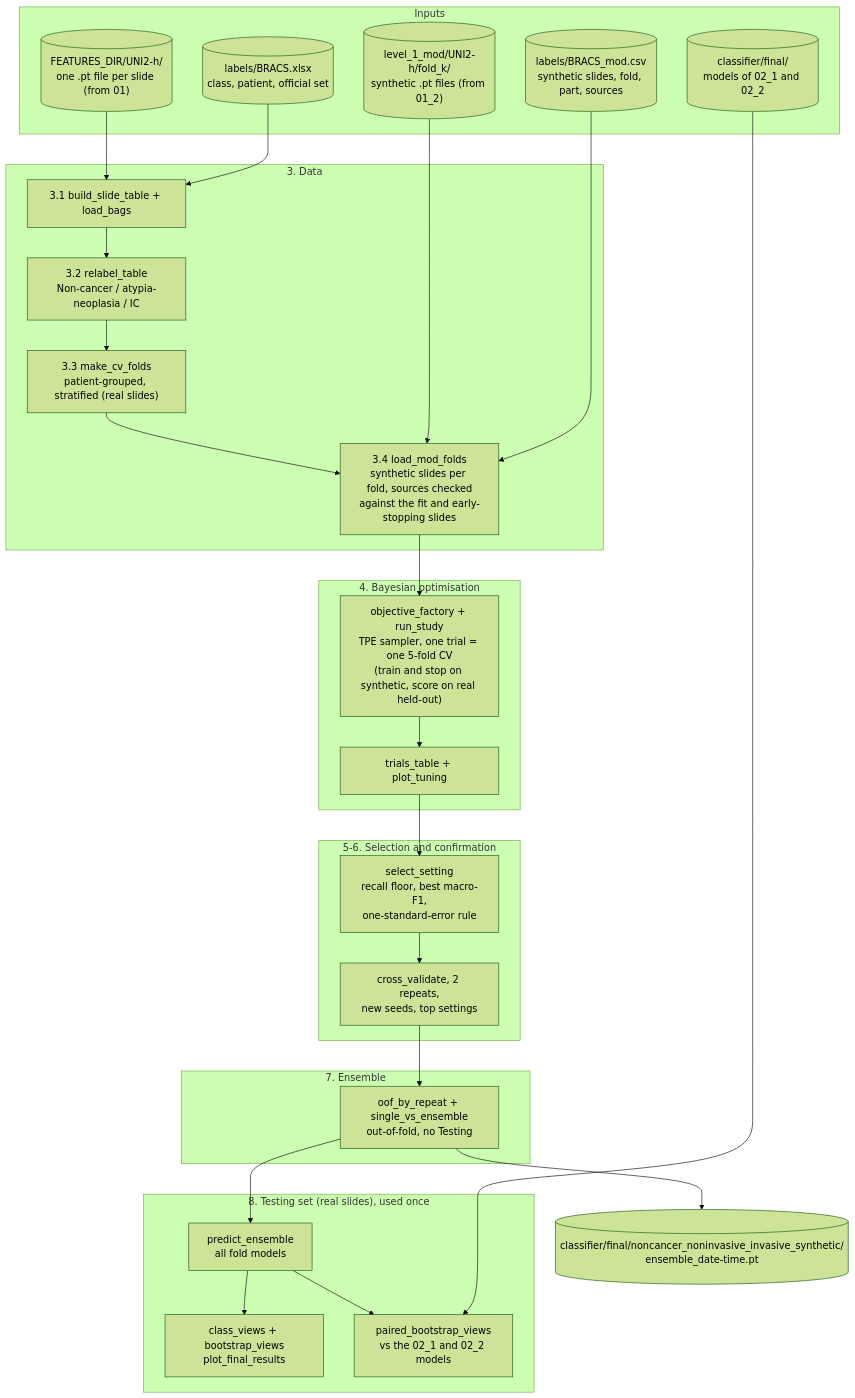
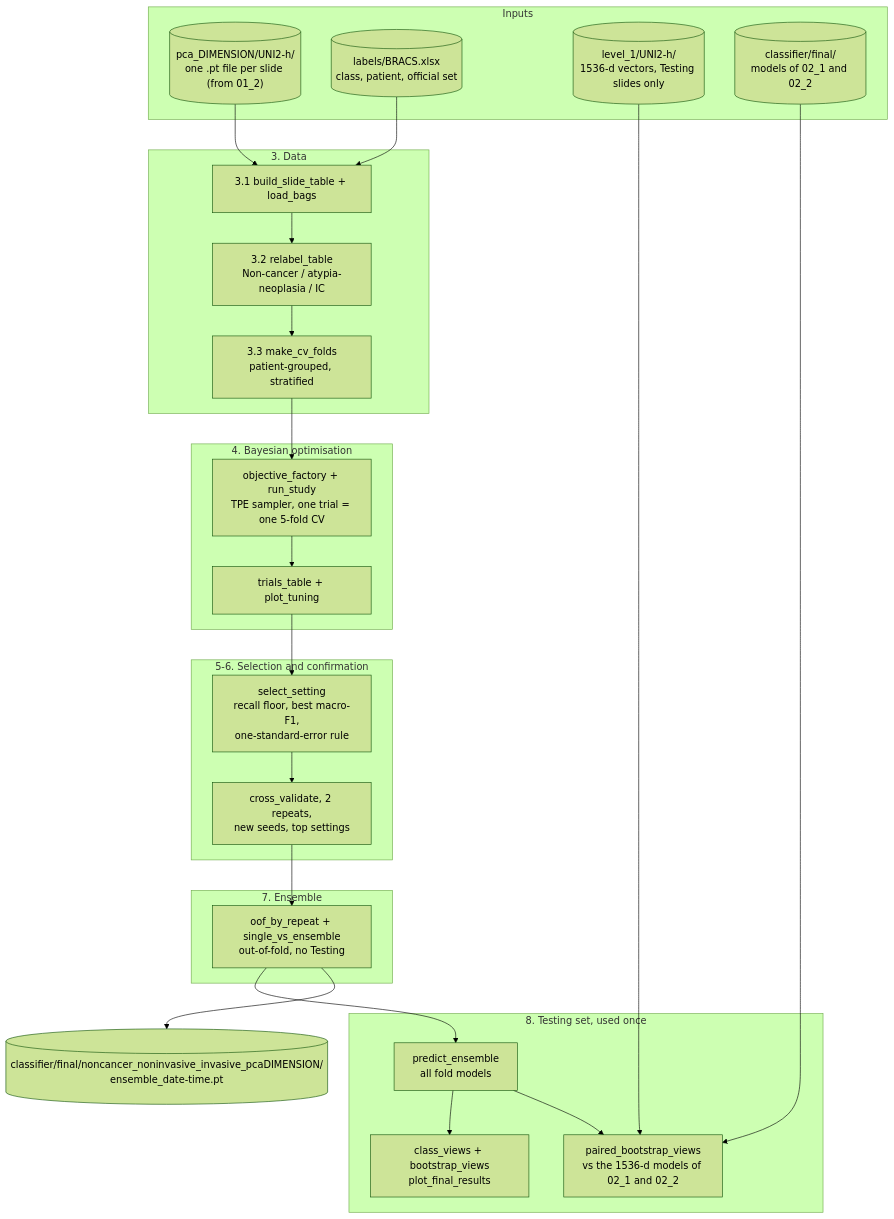
One commit to guisazevedo/phd_streamembed changed the eighth of 10 diagrams in README.md. Above: the diagram before and after it, drawn with Mermaid (forest theme). The commit also changed other lines of this file and 15 other files, not shown here.

Commit message:
all from vectors to pca/GMM klustering training

````diff
--- a/README.md
+++ b/README.md
@@ -430,57 +502,53 @@
 ```mermaid
 flowchart TD
     subgraph IN["Inputs"]
-        FEAT[("FEATURES_DIR/UNI2-h/<br/>one .pt file per slide (from 01)")]
+        PCA[("pca_DIMENSION/UNI2-h/<br/>one .pt file per slide (from 01_2)")]
         LAB[("labels/BRACS.xlsx<br/>class, patient, official set")]
-        MOD[("level_1_mod/UNI2-h/fold_k/<br/>synthetic .pt files (from 01_2)")]
-        LABM[("labels/BRACS_mod.csv<br/>synthetic slides, fold, part, sources")]
+        FULL[("level_1/UNI2-h/<br/>1536-d vectors, Testing slides only")]
         OLD[("classifier/final/<br/>models of 02_1 and 02_2")]
     end
 
     subgraph S3["3. Data"]
         D1["3.1 build_slide_table + load_bags"]
         D2["3.2 relabel_table<br/>Non-cancer / atypia-neoplasia / IC"]
-        D3["3.3 make_cv_folds<br/>patient-grouped, stratified (real slides)"]
-        D4["3.4 load_mod_folds<br/>synthetic slides per fold, sources checked<br/>against the fit and early-stopping slides"]
+        D3["3.3 make_cv_folds<br/>patient-grouped, stratified"]
     end
 
     subgraph S4["4. Bayesian optimisation"]
-        B1["objective_factory + run_study<br/>TPE sampler, one trial = one 5-fold CV<br/>(train and stop on synthetic, score on real held-out)"]
+        B1["objective_factory + run_study<br/>TPE sampler, one trial = one 5-fold CV"]
         B2["trials_table + plot_tuning"]
     end
 
     subgraph S5["5-6. Selection and confirmation"]
         C1["select_setting<br/>recall floor, best macro-F1,<br/>one-standard-error rule"]
         C2["cross_validate, 2 repeats,<br/>new seeds, top settings"]
     end
 
     subgraph S7["7. Ensemble"]
         N1["oof_by_repeat + single_vs_ensemble<br/>out-of-fold, no Testing"]
     end
 
-    subgraph S8["8. Testing set (real slides), used once"]
+    subgraph S8["8. Testing set, used once"]
         E1["predict_ensemble<br/>all fold models"]
         E2["class_views + bootstrap_views<br/>plot_final_results"]
-        E3["paired_bootstrap_views<br/>vs the 02_1 and 02_2 models"]
+        E3["paired_bootstrap_views<br/>vs the 1536-d models of 02_1 and 02_2"]
     end
 
-    OUT[("classifier/final/noncancer_noninvasive_invasive_synthetic/<br/>ensemble_date-time.pt")]
+    OUT[("classifier/final/noncancer_noninvasive_invasive_pcaDIMENSION/<br/>ensemble_date-time.pt")]
 
-    FEAT --> D1
+    PCA --> D1
     LAB --> D1
     D1 --> D2
     D2 --> D3
-    D3 --> D4
-    MOD --> D4
-    LABM --> D4
-    D4 --> B1
+    D3 --> B1
     B1 --> B2
     B2 --> C1
     C1 --> C2
     C2 --> N1
     N1 --> E1
     E1 --> E2
     E1 --> E3
     OLD --> E3
+    FULL --> E3
     N1 --> OUT
 ```
````
